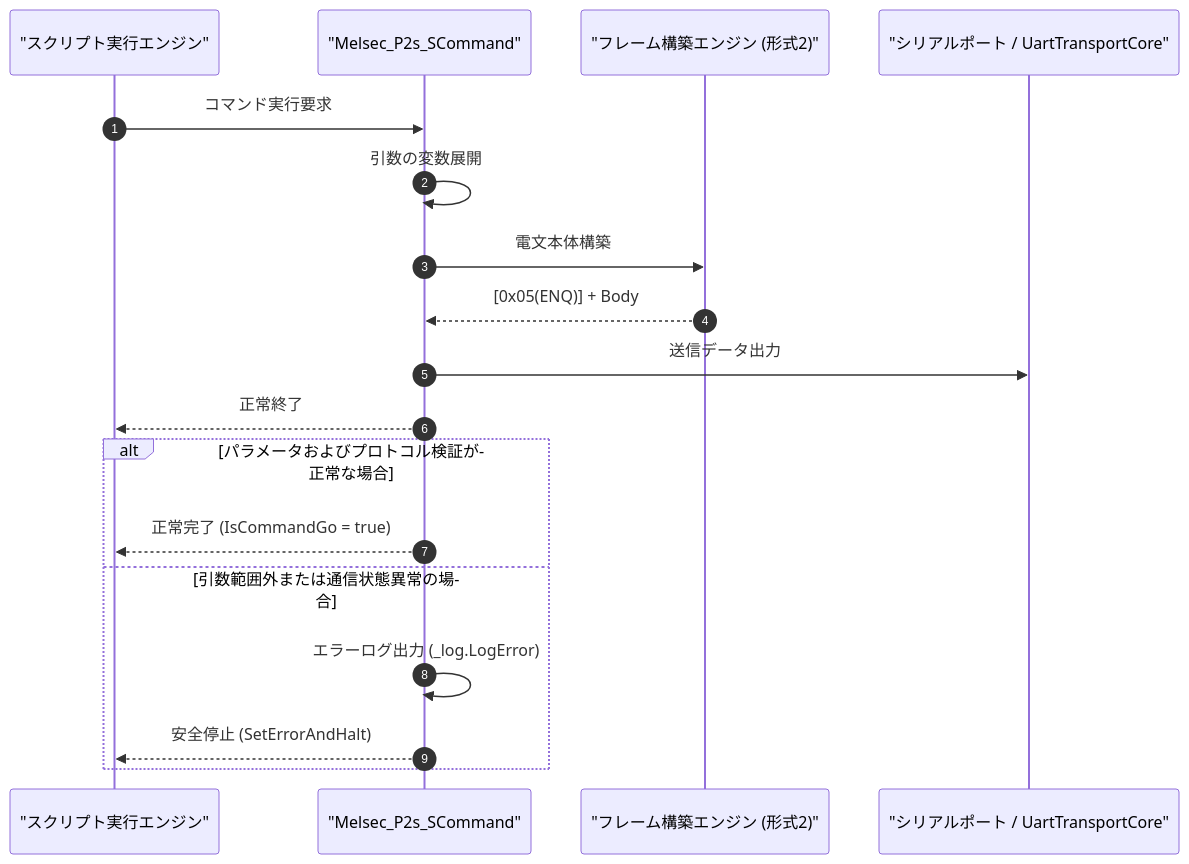
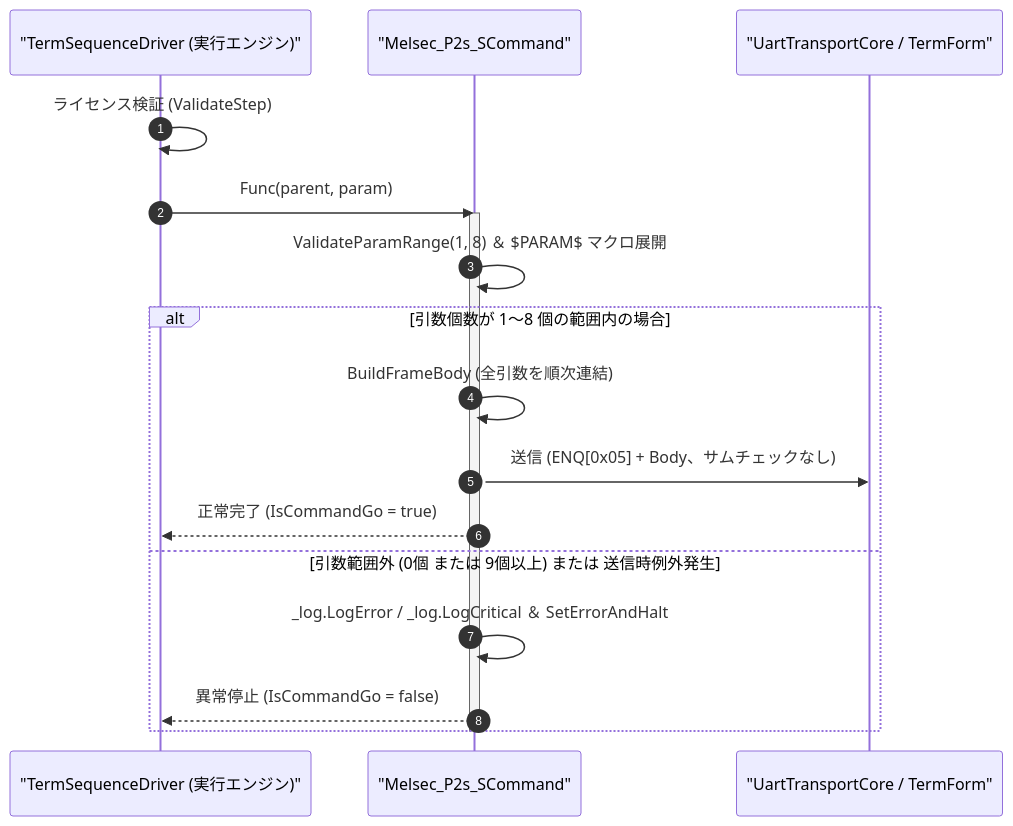
One commit to Monaca-App/TermAddIn changed the diagram in Manual/Melco/Melsec_P2s_S.Md. Above: the diagram before and after it, drawn with Mermaid. The commit also changed other lines of this file and 157 other files, not shown here.

````diff
--- a/Manual/Melco/Melsec_P2s_S.Md
+++ b/Manual/Melco/Melsec_P2s_S.Md
@@ -68,21 +76,21 @@
 ```mermaid
 sequenceDiagram
     autonumber
-    participant Script as "スクリプト実行エンジン"
+    participant Driver as "TermSequenceDriver (実行エンジン)"
     participant Cmd as "Melsec_P2s_SCommand"
-    participant Framing as "フレーム構築エンジン (形式2)"
-    participant Port as "シリアルポート / UartTransportCore"
+    participant Port as "UartTransportCore / TermForm"
 
-    Script->>Cmd: コマンド実行要求
-    Cmd->>Cmd: 引数の変数展開
-    Cmd->>Framing: 電文本体構築
-    Framing-->>Cmd: [0x05(ENQ)] + Body
-    Cmd->>Port: 送信データ出力
-    Cmd-->>Script: 正常終了
-    alt パラメータおよびプロトコル検証が正常な場合
-        Cmd-->>Script: 正常完了 (IsCommandGo = true)
-    else 引数範囲外または通信状態異常の場合
-        Cmd->>Cmd: エラーログ出力 (_log.LogError)
-        Cmd-->>Script: 安全停止 (SetErrorAndHalt)
+    Driver->>Driver: ライセンス検証 (ValidateStep)
+    Driver->>Cmd: Func(parent, param)
+    activate Cmd
+    Cmd->>Cmd: ValidateParamRange(1, 8) ＆ $PARAM$ マクロ展開
+    alt 引数個数が 1〜8 個の範囲内の場合
+        Cmd->>Cmd: BuildFrameBody (全引数を順次連結)
+        Cmd->>Port: 送信 (ENQ[0x05] + Body、サムチェックなし)
+        Cmd-->>Driver: 正常完了 (IsCommandGo = true)
+    else 引数範囲外 (0個 または 9個以上) または 送信時例外発生
+        Cmd->>Cmd: _log.LogError / _log.LogCritical ＆ SetErrorAndHalt
+        Cmd-->>Driver: 異常停止 (IsCommandGo = false)
     end
+    deactivate Cmd
 ```
````
